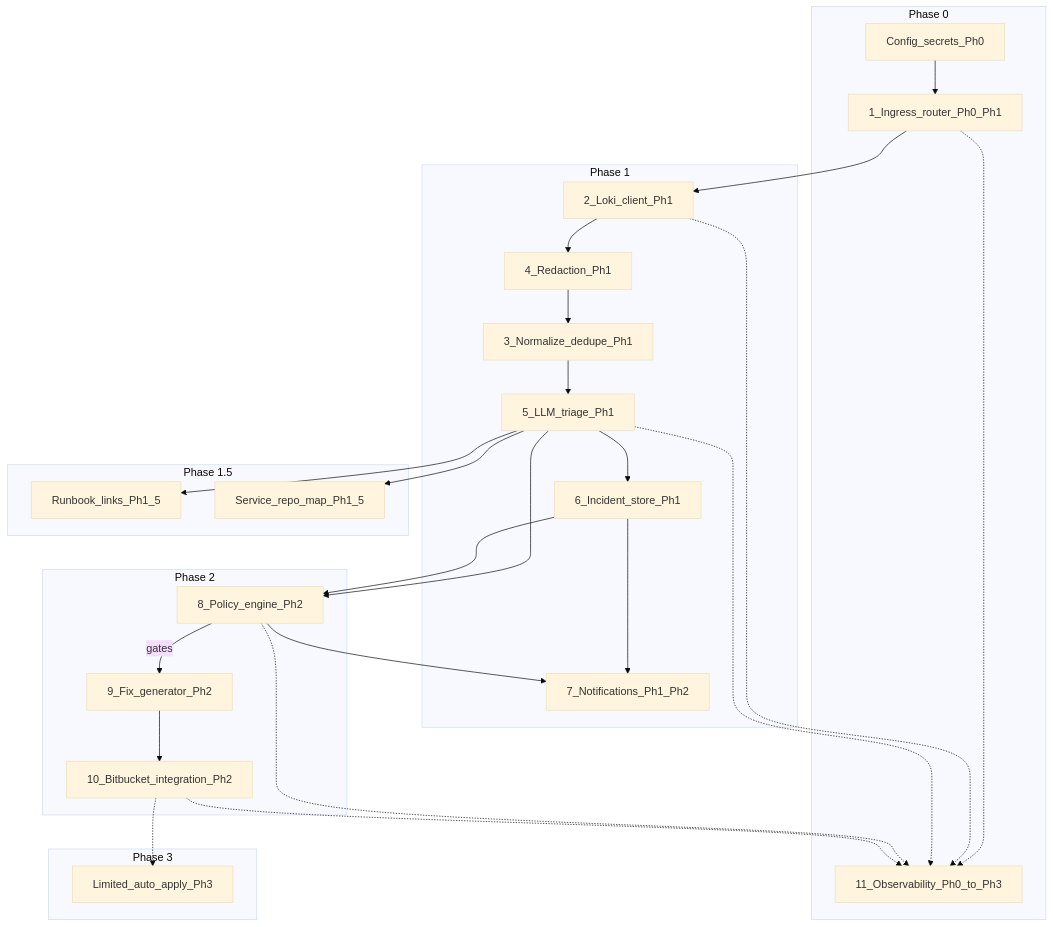
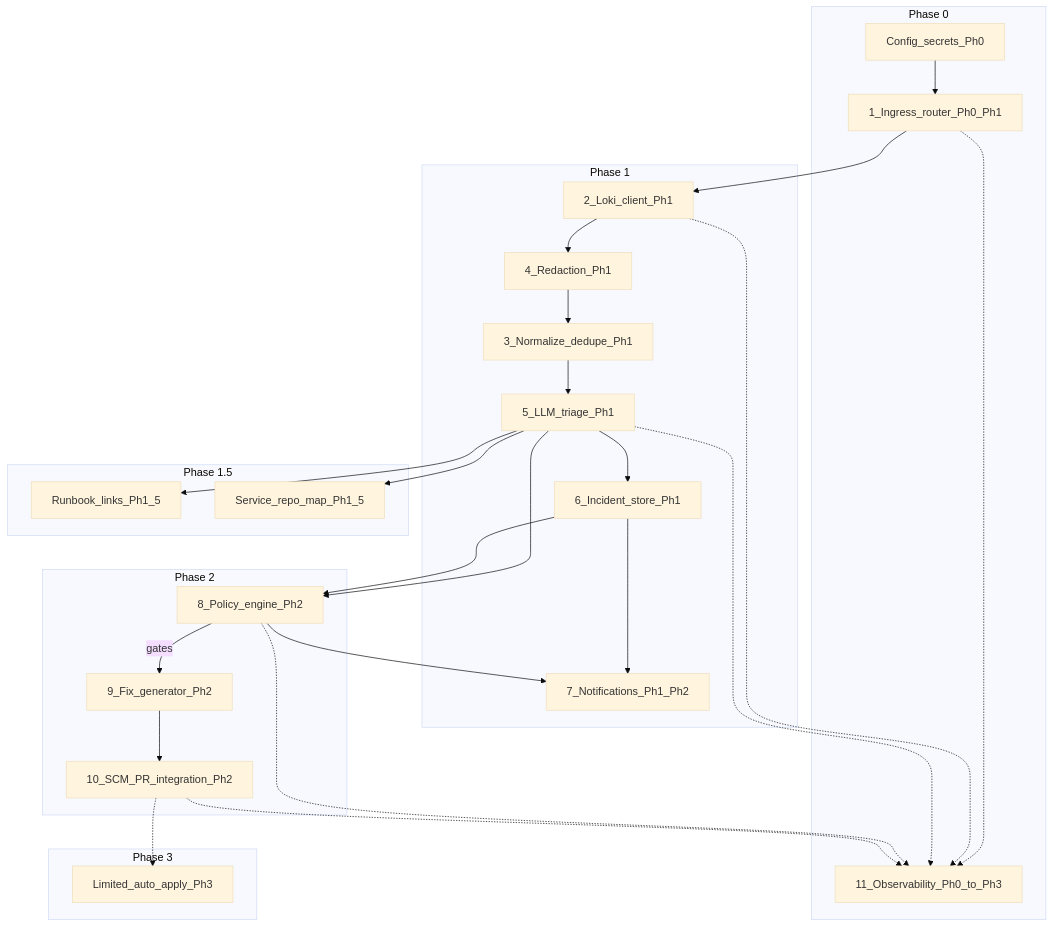
Before and after one commit to abhi29tyagi/ai-sre-agent: the diagram in docs/diagrams/mermaid/04-figure3-component-map.mmd, drawn with Mermaid (base theme). The commit also changed 24 other files, not shown here.

```diff
--- a/docs/diagrams/mermaid/04-figure3-component-map.mmd
+++ b/docs/diagrams/mermaid/04-figure3-component-map.mmd
@@ -1,45 +1,45 @@
 flowchart TB
   subgraph ph0 [Phase 0]
     c1["1_Ingress_router_Ph0_Ph1"]
     c11["11_Observability_Ph0_to_Ph3"]
     c0cfg["Config_secrets_Ph0"]
   end
 
   subgraph ph1 [Phase 1]
     c2["2_Loki_client_Ph1"]
     c4["4_Redaction_Ph1"]
     c3["3_Normalize_dedupe_Ph1"]
     c5["5_LLM_triage_Ph1"]
     c6["6_Incident_store_Ph1"]
     c7["7_Notifications_Ph1_Ph2"]
   end
 
   subgraph ph15 [Phase 1.5]
     c15a["Runbook_links_Ph1_5"]
     c15b["Service_repo_map_Ph1_5"]
   end
 
   subgraph ph2 [Phase 2]
     c8["8_Policy_engine_Ph2"]
     c9["9_Fix_generator_Ph2"]
-    c10["10_Bitbucket_integration_Ph2"]
+    c10["10_SCM_PR_integration_Ph2"]
   end
 
   subgraph ph3 [Phase 3]
     c3auto["Limited_auto_apply_Ph3"]
   end
 
   c0cfg --> c1
   c1 --> c2 --> c4 --> c3 --> c5 --> c6 --> c7
   c5 --> c15a
   c5 --> c15b
   c5 --> c8
   c6 --> c8
   c8 -->|gates| c9 --> c10
   c8 --> c7
   c10 -.-> c3auto
   c1 -.-> c11
   c2 -.-> c11
   c5 -.-> c11
   c8 -.-> c11
   c10 -.-> c11
```
